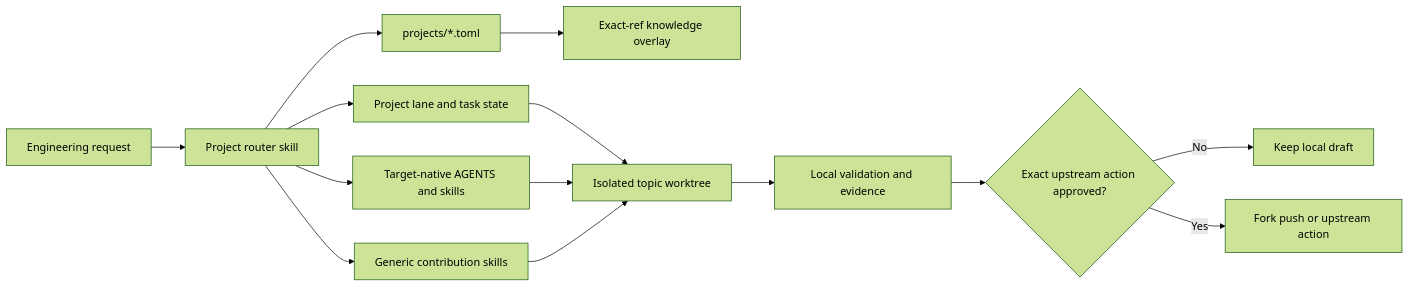
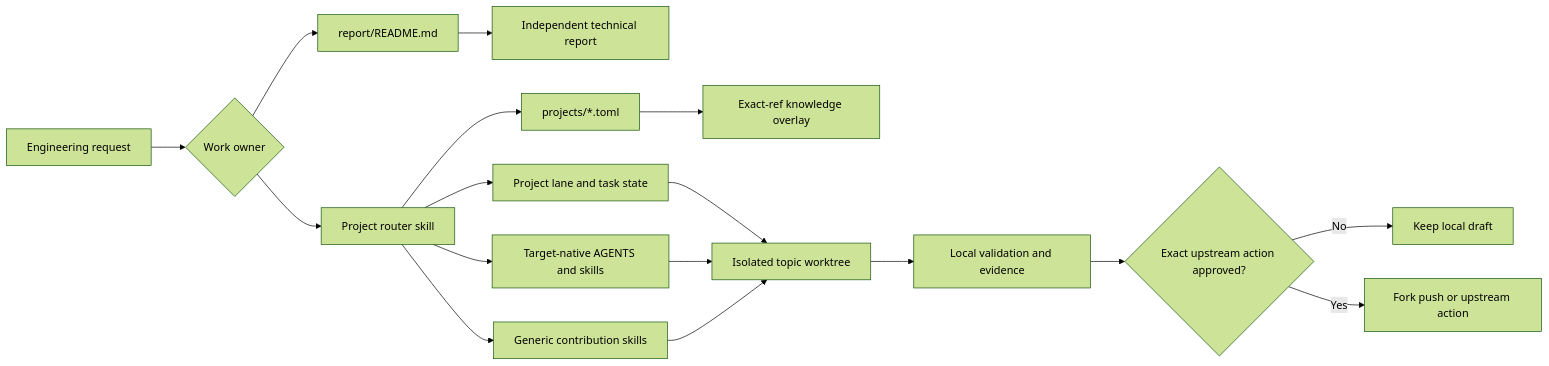
One commit to ranxi2001/agent-native-cloud-infra changed the diagram in README.md. Above: the diagram before and after it, drawn with Mermaid (forest theme). The commit also changed other lines of this file and 10 other files, not shown here.

Commit message:
feat: add independent technical report domain

````diff
--- a/README.md
+++ b/README.md
@@ -9,16 +9,19 @@
 ```mermaid
 flowchart LR
-    U[Engineering request] --> R[Project router skill]
+    U[Engineering request] --> B{Work owner}
+    B --> R[Project router skill]
+    B --> T[report/README.md]
+    T --> A[Independent technical report]
     R --> C[projects/*.toml]
     C --> K[Exact-ref knowledge overlay]
     R --> L[Project lane and task state]
     R --> S[Generic contribution skills]
     R --> N[Target-native AGENTS and skills]
     L --> W[Isolated topic worktree]
     N --> W
     S --> W
     W --> V[Local validation and evidence]
     V --> G{Exact upstream action approved?}
     G -->|No| D[Keep local draft]
     G -->|Yes| P[Fork push or upstream action]
 ```
````
